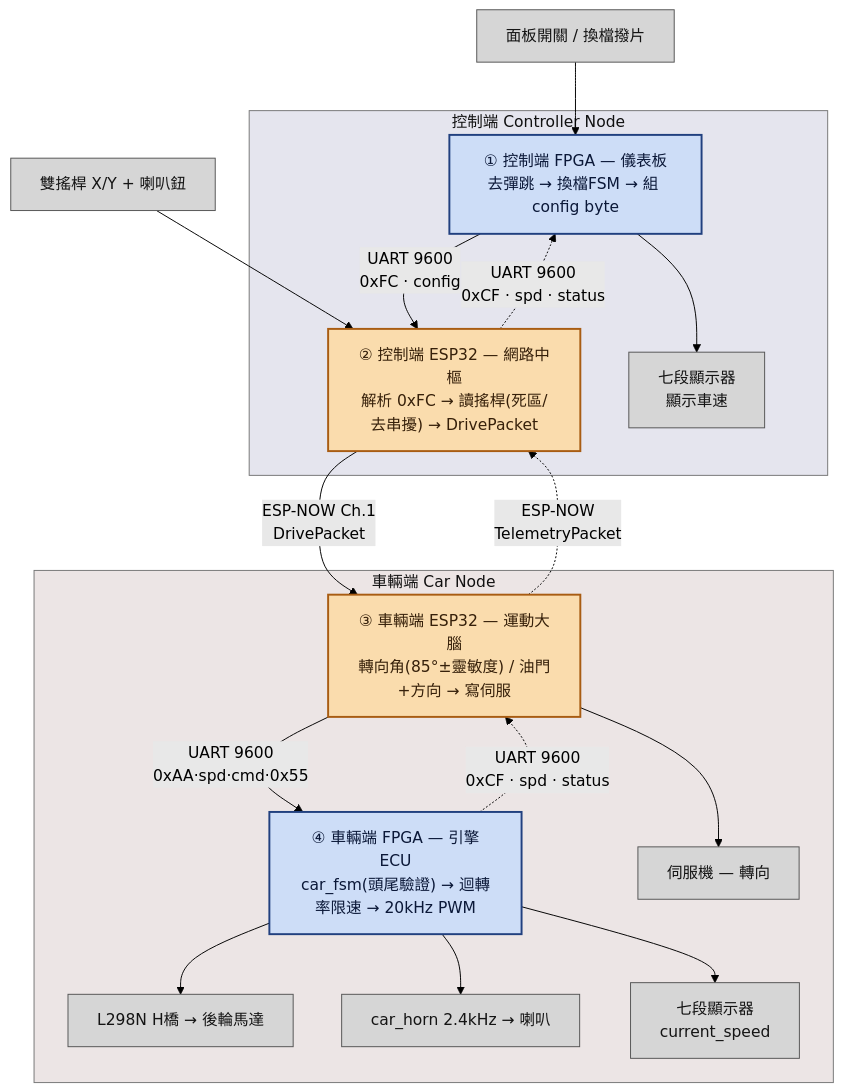
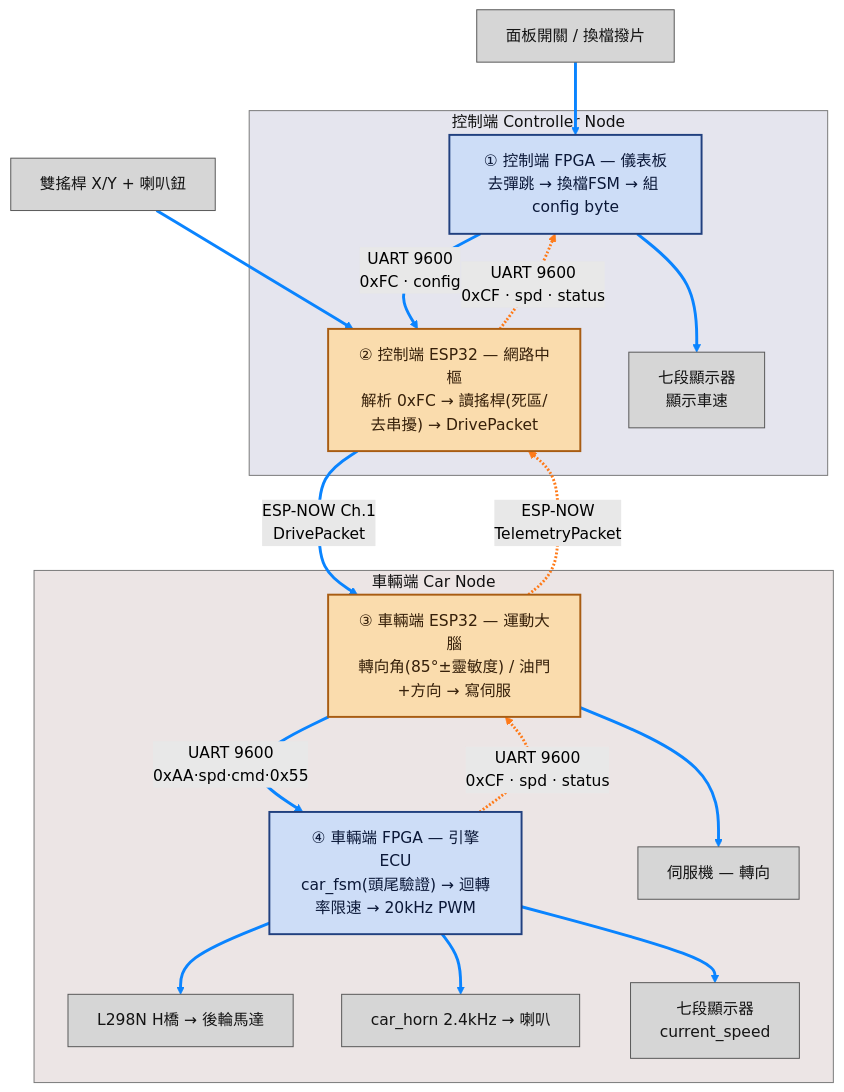
Before and after one commit to Kabaconbacon0405/rccar: the diagram in README.md, drawn with Mermaid (forest theme).

Commit message:
README: thicker, vivid Mermaid arrows (blue forward / orange reverse)

````diff
--- a/README.md
+++ b/README.md
@@ -31,50 +31,53 @@
 ```mermaid
 flowchart TD
     %% ---------- Inputs ----------
     SW["面板開關 / 換檔撥片"]
     JOY["雙搖桿 X/Y + 喇叭鈕"]
 
     %% ---------- Controller Node ----------
     subgraph CTRL["控制端 Controller Node"]
         CFPGA["① 控制端 FPGA — 儀表板<br/>去彈跳 → 換檔FSM → 組 config byte"]
         CESP["② 控制端 ESP32 — 網路中樞<br/>解析 0xFC → 讀搖桿(死區/去串擾) → DrivePacket"]
         SEG1["七段顯示器<br/>顯示車速"]
     end
 
     %% ---------- Car Node ----------
     subgraph CAR["車輛端 Car Node"]
         VESP["③ 車輛端 ESP32 — 運動大腦<br/>轉向角(85°±靈敏度) / 油門+方向 → 寫伺服"]
         VFPGA["④ 車輛端 FPGA — 引擎ECU<br/>car_fsm(頭尾驗證) → 迴轉率限速 → 20kHz PWM"]
         SERVO["伺服機 — 轉向"]
         MOTOR["L298N H橋 → 後輪馬達"]
         HORN["car_horn 2.4kHz → 喇叭"]
         SEG2["七段顯示器<br/>current_speed"]
     end
 
     %% ---------- Forward path (solid) ----------
     SW --> CFPGA
     JOY --> CESP
     CFPGA -->|"UART 9600<br/>0xFC · config"| CESP
     CESP -->|"ESP-NOW Ch.1<br/>DrivePacket"| VESP
     VESP --> SERVO
     VESP -->|"UART 9600<br/>0xAA·spd·cmd·0x55"| VFPGA
     VFPGA --> MOTOR
     VFPGA --> HORN
     VFPGA --> SEG2
 
     %% ---------- Reverse path (dashed) ----------
     VFPGA -.->|"UART 9600<br/>0xCF · spd · status"| VESP
     VESP -.->|"ESP-NOW<br/>TelemetryPacket"| CESP
     CESP -.->|"UART 9600<br/>0xCF · spd · status"| CFPGA
     CFPGA --> SEG1
 
     %% ---------- Styling ----------
     classDef fpga fill:#cdddf7,stroke:#21407f,stroke-width:2px,color:#0b1838;
     classDef esp  fill:#fadcad,stroke:#a85c12,stroke-width:2px,color:#36200a;
     classDef io   fill:#d6d6d6,stroke:#555,stroke-width:1px,color:#141414;
     class CFPGA,VFPGA fpga;
     class CESP,VESP esp;
     class SW,JOY,SEG1,SEG2,SERVO,MOTOR,HORN io;
     style CTRL fill:#e5e5ee,stroke:#777,color:#111;
     style CAR  fill:#ece5e5,stroke:#777,color:#111;
+    %% thicker, vivid arrows — blue = forward path, orange = reverse path
+    linkStyle 0,1,2,3,4,5,6,7,8,12 stroke:#0a84ff,stroke-width:3px;
+    linkStyle 9,10,11 stroke:#ff7a18,stroke-width:3px;
 ```
````
